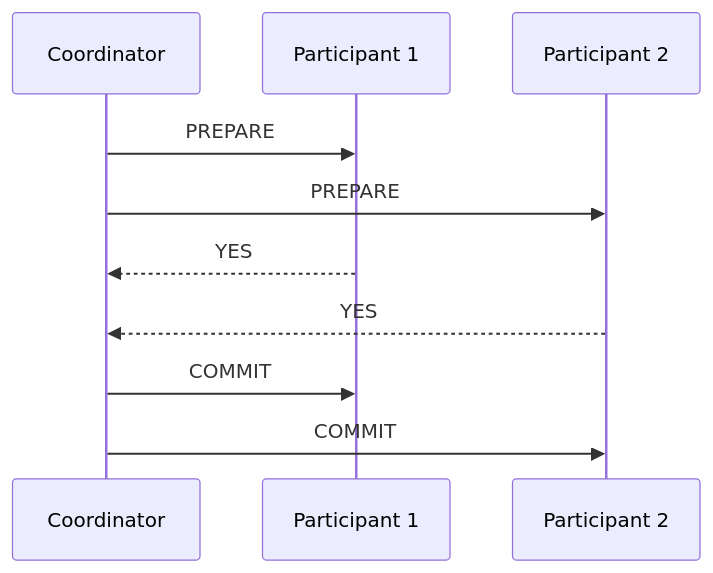
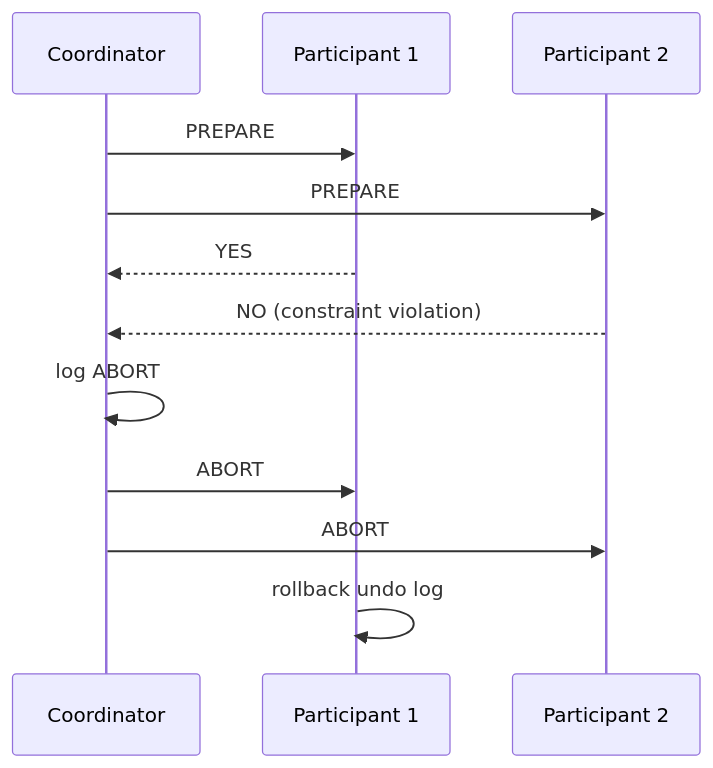
Diagram 23 of 36 in 05-distributed-databases/README.md (hareramcse/SystemDesign), drawn with Mermaid before and after one commit. The commit also changed other lines of this file and 14 other files, not shown here.

````diff
--- a/05-distributed-databases/README.md
+++ b/05-distributed-databases/README.md
@@ -1017,12 +1495,14 @@
 ```mermaid
 sequenceDiagram
     participant TC as Coordinator
     participant P1 as Participant 1
     participant P2 as Participant 2
     TC->>P1: PREPARE
     TC->>P2: PREPARE
     P1-->>TC: YES
-    P2-->>TC: YES
-    TC->>P1: COMMIT
-    TC->>P2: COMMIT
+    P2-->>TC: NO (constraint violation)
+    TC->>TC: log ABORT
+    TC->>P1: ABORT
+    TC->>P2: ABORT
+    P1->>P1: rollback undo log
 ```
````
